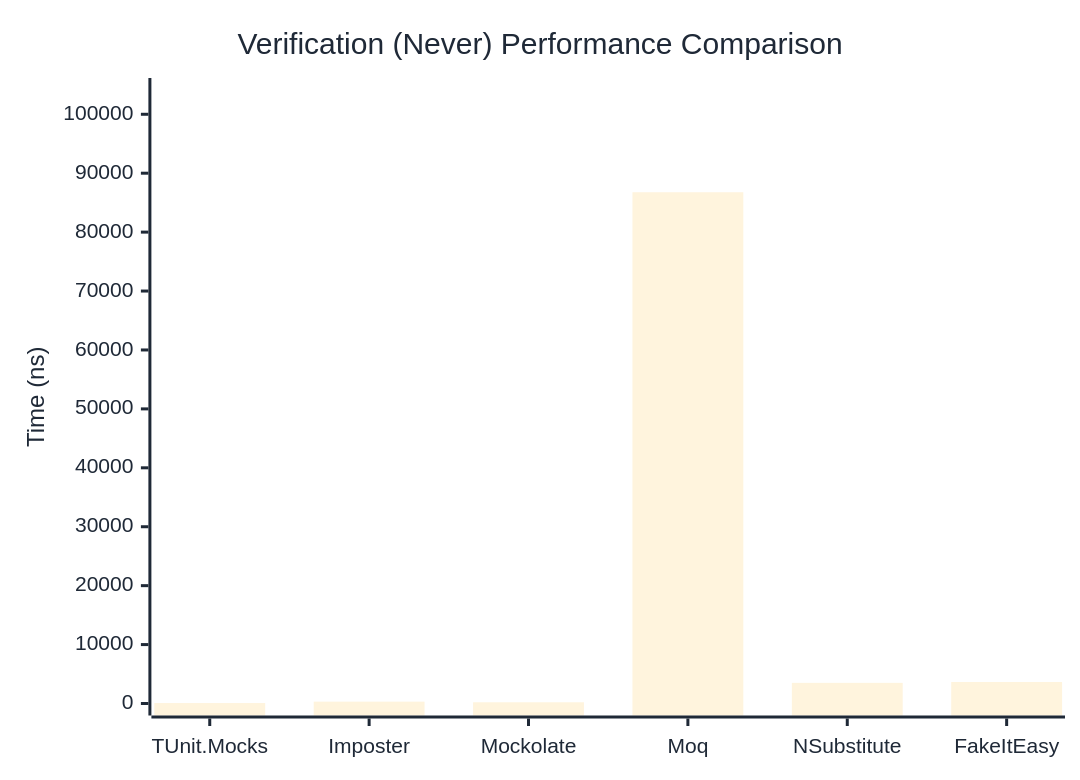
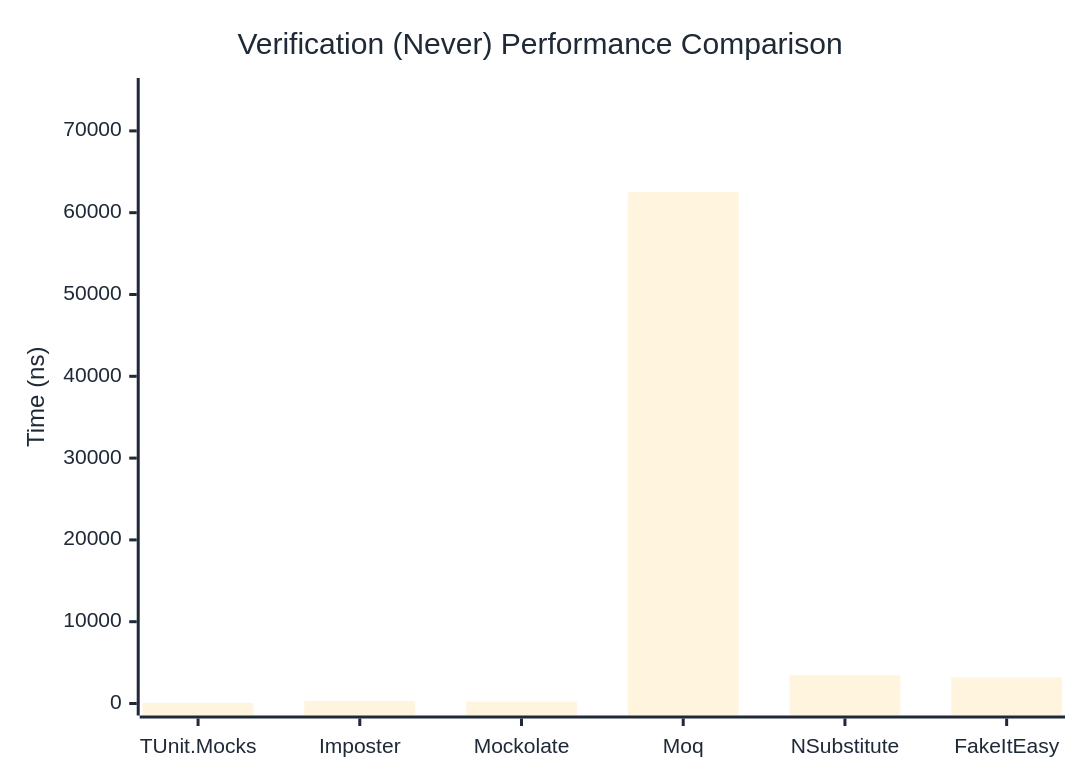
One commit to thomhurst/TUnit changed the second of 3 diagrams in docs/docs/benchmarks/mocks/Verification.md. Above: the diagram before and after it, drawn with Mermaid. The commit also changed other lines of this file and 14 other files, not shown here.

````diff
--- a/docs/docs/benchmarks/mocks/Verification.md
+++ b/docs/docs/benchmarks/mocks/Verification.md
@@ -69,27 +69,27 @@
 ```mermaid
 %%{init: {
   'theme':'base',
   'themeVariables': {
     'primaryColor': '#2563eb',
     'primaryTextColor': '#1f2937',
     'primaryBorderColor': '#1e40af',
     'lineColor': '#6b7280',
     'secondaryColor': '#7c3aed',
     'tertiaryColor': '#dc2626',
     'background': '#ffffff',
     'pie1': '#2563eb',
     'pie2': '#7c3aed',
     'pie3': '#dc2626',
     'pie4': '#f59e0b',
     'pie5': '#10b981',
     'pie6': '#06b6d4',
     'pie7': '#ec4899',
     'pie8': '#6366f1'
   }
 }}%%
 xychart-beta
   title "Verification (Never) Performance Comparison"
   x-axis ["TUnit.Mocks", "Imposter", "Mockolate", "Moq", "NSubstitute", "FakeItEasy"]
-  y-axis "Time (ns)" 0 --> 104120
-  bar [77.4, 314.22, 205.99, 86766.43, 3506.37, 3644.7]
+  y-axis "Time (ns)" 0 --> 74999
+  bar [84.51, 316.91, 231.3, 62498.7, 3456.72, 3187.45]
 ```
````
